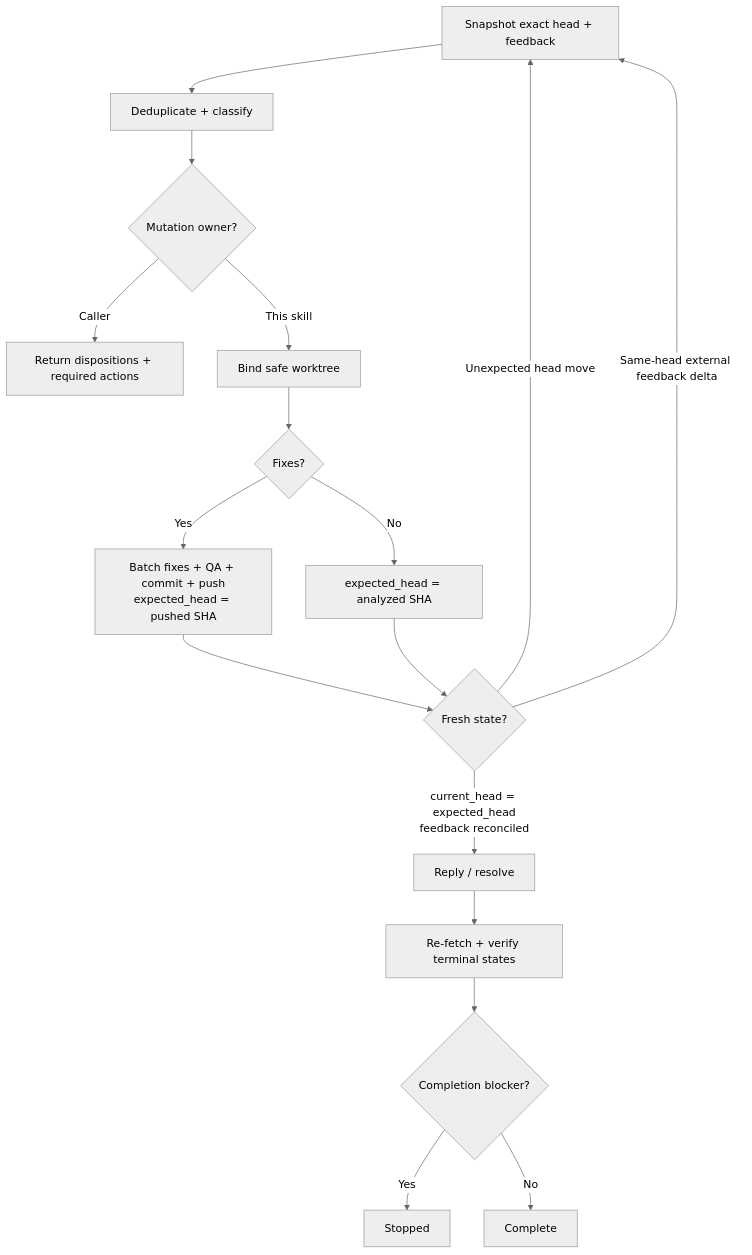
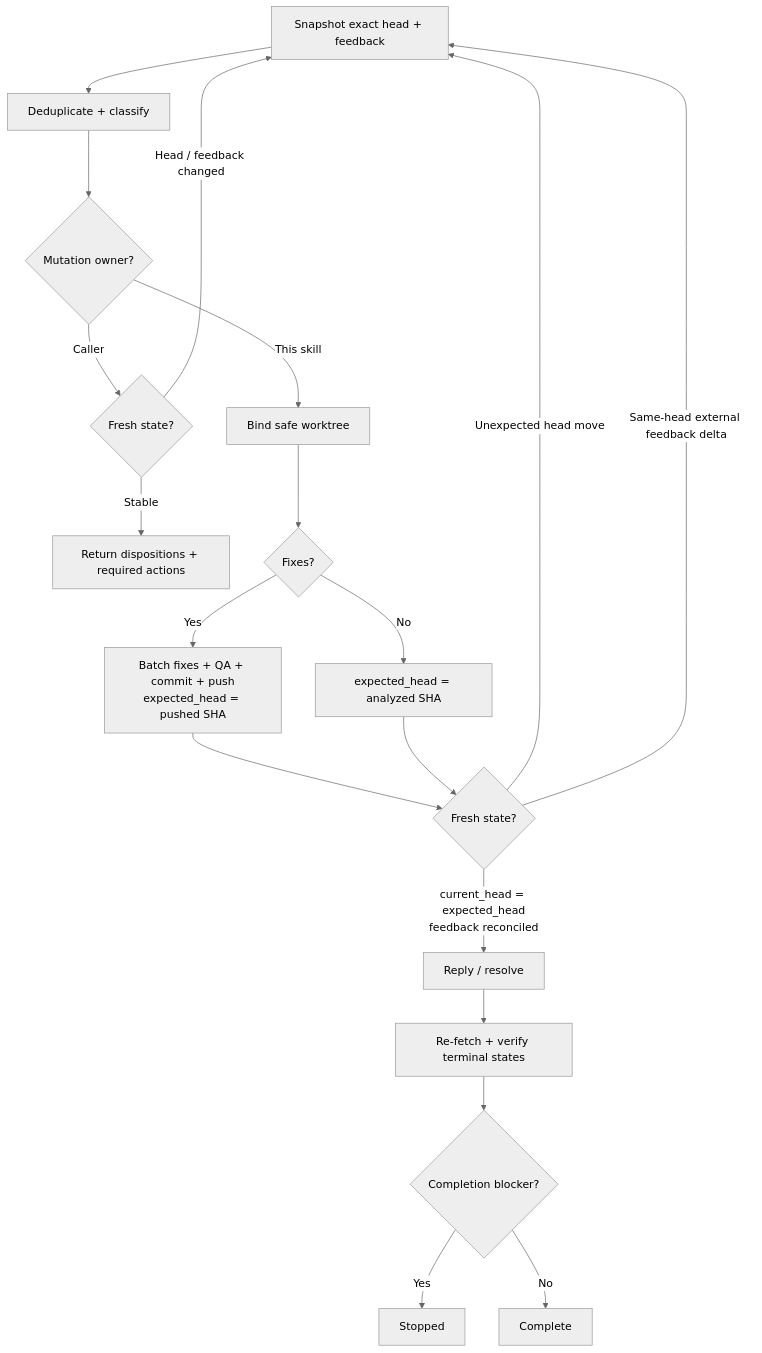
Before and after one commit to dceoy/ai-coding-agent-skills: the diagram in skills/pr-feedback-triage/SKILL.md, drawn with Mermaid (neutral theme). The commit also changed other lines of this file, not shown here.

Commit message:
Fix caller-owned triage reconciliation

````diff
--- a/skills/pr-feedback-triage/SKILL.md
+++ b/skills/pr-feedback-triage/SKILL.md
@@ -39,19 +39,21 @@
 ```mermaid
 flowchart TD
   A[Snapshot exact head + feedback] --> B[Deduplicate + classify]
   B --> C{Mutation owner?}
-  C -->|Caller| D[Return dispositions + required actions]
+  C -->|Caller| D{Fresh state?}
+  D -->|Head / feedback changed| A
+  D -->|Stable| O[Return dispositions + required actions]
   C -->|This skill| E[Bind safe worktree]
   E --> F{Fixes?}
   F -->|Yes| G[Batch fixes + QA + commit + push\nexpected_head = pushed SHA]
   F -->|No| H[expected_head = analyzed SHA]
   G --> I{Fresh state?}
   H --> I
   I -->|Unexpected head move| A
   I -->|Same-head external feedback delta| A
   I -->|current_head = expected_head\nfeedback reconciled| J[Reply / resolve]
   J --> K[Re-fetch + verify terminal states]
   K --> L{Completion blocker?}
   L -->|Yes| M[Stopped]
   L -->|No| N[Complete]
 ```
````
